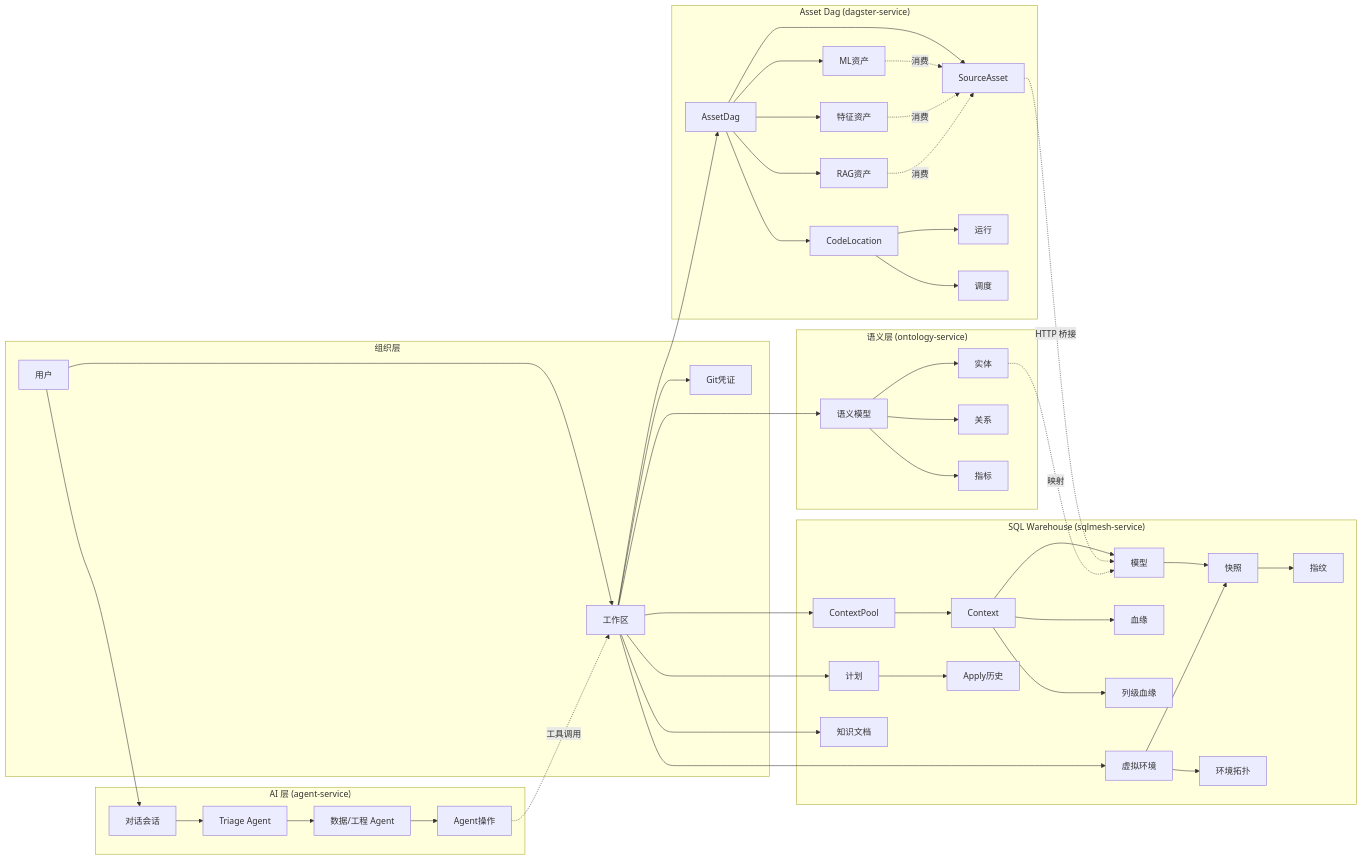
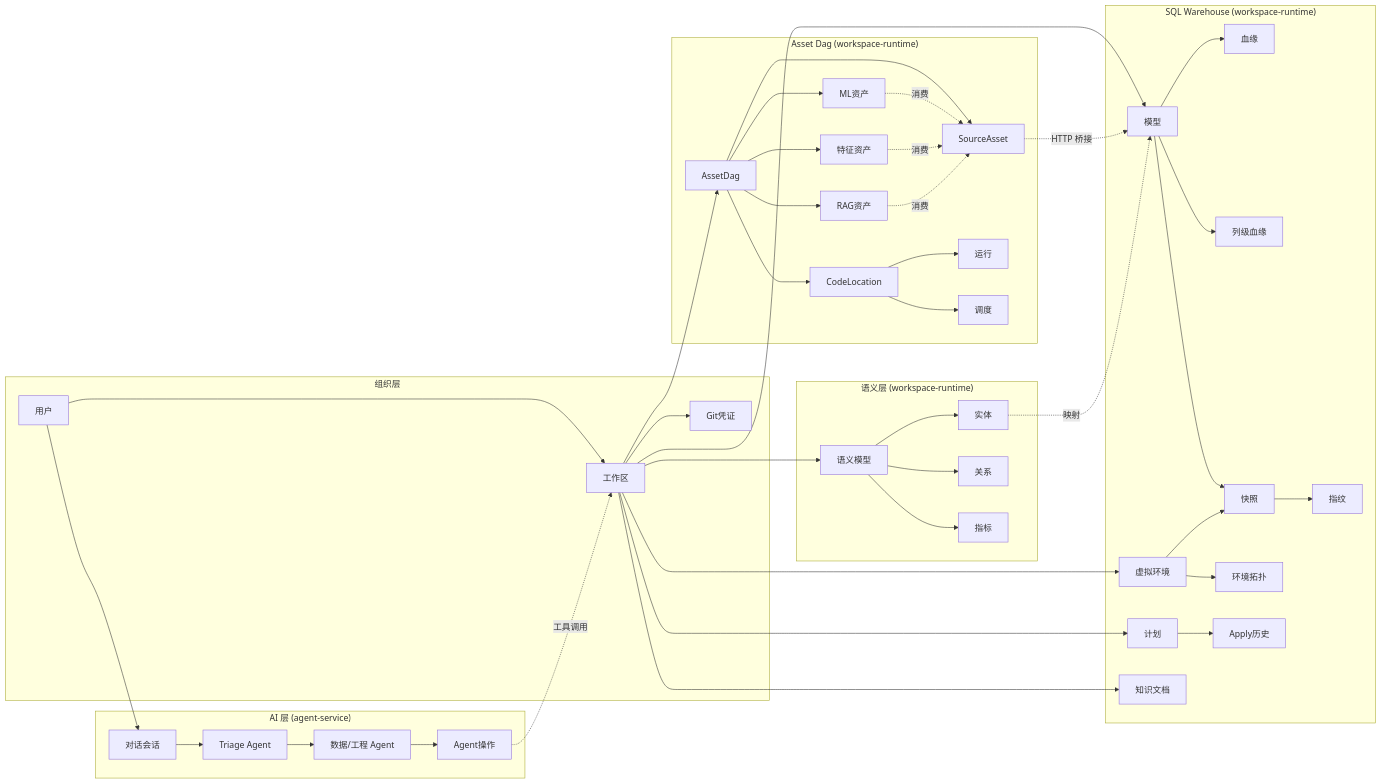
One commit to BiyoTech/DataCode changed the sixth of 6 diagrams in doc/design/domain-model.md. Above: the diagram before and after it, drawn with Mermaid. The commit also changed other lines of this file and 883 other files, not shown here.

````diff
--- a/doc/design/domain-model.md
+++ b/doc/design/domain-model.md
@@ -540,54 +531,52 @@
 ```mermaid
 graph LR
     subgraph 组织层["组织层"]
         U[用户] --> W[工作区]
         W --> GC[Git凭证]
     end
 
-    subgraph SQLWarehouse["SQL Warehouse (sqlmesh-service)"]
-        W --> CP[ContextPool]
-        CP --> Ctx[Context]
-        Ctx --> M[模型]
-        Ctx --> L[血缘]
-        Ctx --> CL[列级血缘]
+    subgraph SQLWarehouse["SQL Warehouse (workspace-runtime)"]
+        W --> M[模型]
+        M --> L[血缘]
+        M --> CL[列级血缘]
         M --> S[快照]
         S --> F[指纹]
         W --> Env[虚拟环境]
         Env --> ET[环境拓扑]
         Env --> S
         W --> Plan[计划]
         Plan --> AH[Apply历史]
         W --> KD[知识文档]
     end
 
-    subgraph AssetDag["Asset Dag (dagster-service)"]
+    subgraph AssetDag["Asset Dag (workspace-runtime)"]
         W --> AD[AssetDag]
         AD --> CL2[CodeLocation]
         AD --> SA[SourceAsset]
         AD --> MLA[ML资产]
         AD --> FA[特征资产]
         AD --> RAGA[RAG资产]
         SA -.->|HTTP 桥接| M
         MLA -.->|消费| SA
         FA -.->|消费| SA
         RAGA -.->|消费| SA
         CL2 --> Run[运行]
         CL2 --> Sch[调度]
     end
 
-    subgraph 语义层["语义层 (ontology-service)"]
+    subgraph 语义层["语义层 (workspace-runtime)"]
         W --> SM[语义模型]
         SM --> E[实体]
         SM --> R[关系]
         SM --> Mt[指标]
         E -.->|映射| M
     end
 
     subgraph AI层["AI 层 (agent-service)"]
         U --> CS[对话会话]
         CS --> TA[Triage Agent]
         TA --> DA[数据/工程 Agent]
         DA --> AA[Agent操作]
         AA -.->|工具调用| W
     end
 ```
````
